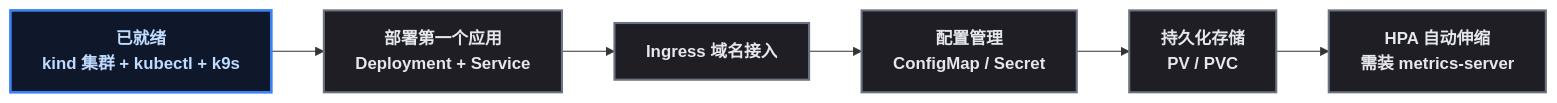
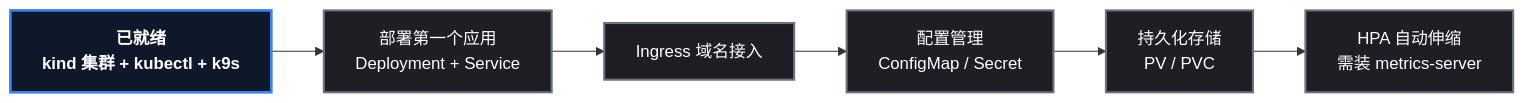
The sixth of 6 diagrams in content/posts/kubernetes/KindLocalK8sClusterSetup.md (yaocat55/yaocat55.github.io), drawn with Mermaid before and after one commit. The commit also changed other lines of this file and 27 other files, not shown here.

Commit message:
docs: 全系列 93 张 Mermaid 图 classDef 改为 style 强制深底白字(修复部分渲染器白底浅字)+历史文件格式清理

````diff
--- a/content/posts/kubernetes/KindLocalK8sClusterSetup.md
+++ b/content/posts/kubernetes/KindLocalK8sClusterSetup.md
@@ -539,12 +562,14 @@
 ```mermaid
 flowchart LR
     A["已就绪<br/>kind 集群 + kubectl + k9s"] --> B["部署第一个应用<br/>Deployment + Service"]
     B --> C["Ingress 域名接入"]
     C --> D["配置管理<br/>ConfigMap / Secret"]
     D --> E["持久化存储<br/>PV / PVC"]
     E --> F["HPA 自动伸缩<br/>需装 metrics-server"]
-    classDef process fill:#1e1e24,stroke:#6b7280,stroke-width:2px,color:#e5e7eb;
-    classDef root fill:#0f172a,stroke:#3b82f6,stroke-width:2.5px,color:#bfdbfe,font-weight:bold;
-    class A root;
-    class B,C,D,E,F process;
+    style A fill:#0f172a,stroke:#3b82f6,stroke-width:2.5px,color:#ffffff,font-weight:bold
+    style B fill:#1e1e24,stroke:#6b7280,stroke-width:2px,color:#ffffff
+    style C fill:#1e1e24,stroke:#6b7280,stroke-width:2px,color:#ffffff
+    style D fill:#1e1e24,stroke:#6b7280,stroke-width:2px,color:#ffffff
+    style E fill:#1e1e24,stroke:#6b7280,stroke-width:2px,color:#ffffff
+    style F fill:#1e1e24,stroke:#6b7280,stroke-width:2px,color:#ffffff
 ```
````
